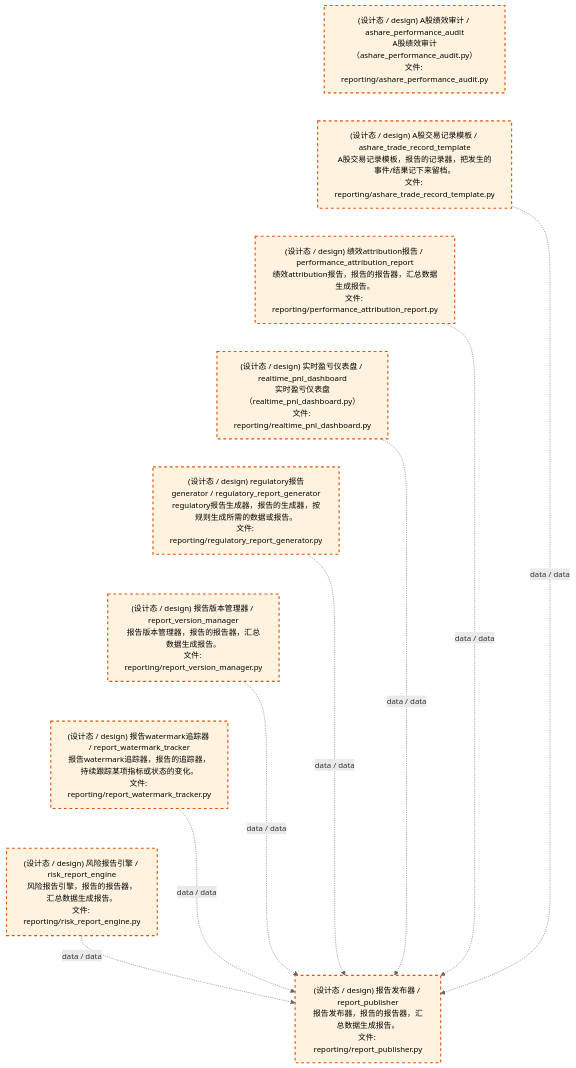
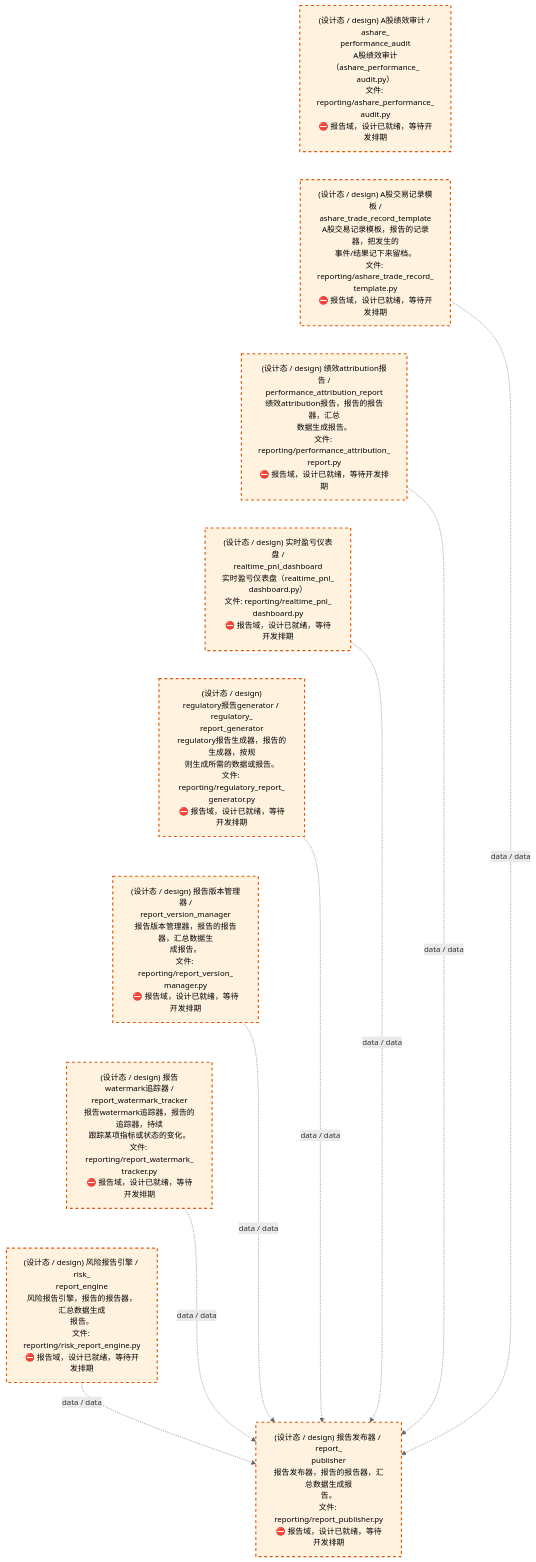
Before and after one commit to xuanFelixVan/ZephyrAlpha: the third of 4 diagrams in docs/02_enterprise_architecture/02_domain_architecture_docs/26_d_reporting.md, drawn with Mermaid. The commit also changed other lines of this file and 59 other files, not shown here.

````diff
--- a/docs/02_enterprise_architecture/02_domain_architecture_docs/26_d_reporting.md
+++ b/docs/02_enterprise_architecture/02_domain_architecture_docs/26_d_reporting.md
@@ -137,32 +137,32 @@
 ```mermaid
 %%{init: {'theme': 'base', 'themeVariables': {'primaryColor': '#eaeaea', 'primaryTextColor': '#333333', 'primaryBorderColor': '#666666', 'lineColor': '#666666', 'secondaryColor': '#eaeaea', 'tertiaryColor': '#eaeaea', 'fontSize': '14px'}}}%%
 flowchart TD
-    src_zephyr_reporting_ashare_performance_audit_py["(设计态 / design) A股绩效审计 / ashare_performance_audit<br/>A股绩效审计（ashare_performance_audit.py）<br/>文件: reporting/ashare_performance_audit.py"]
-    src_zephyr_reporting_ashare_trade_record_template_py["(设计态 / design) A股交易记录模板 / ashare_trade_record_template<br/>A股交易记录模板，报告的记录器，把发生的事件/结果记下来留档。<br/>文件: reporting/ashare_trade_record_template.py"]
-    src_zephyr_reporting_performance_attribution_report_py["(设计态 / design) 绩效attribution报告 / performance_attribution_report<br/>绩效attribution报告，报告的报告器，汇总数据生成报告。<br/>文件: reporting/performance_attribution_report.py"]
-    src_zephyr_reporting_realtime_pnl_dashboard_py["(设计态 / design) 实时盈亏仪表盘 / realtime_pnl_dashboard<br/>实时盈亏仪表盘（realtime_pnl_dashboard.py）<br/>文件: reporting/realtime_pnl_dashboard.py"]
-    src_zephyr_reporting_regulatory_report_generator_py["(设计态 / design) regulatory报告generator / regulatory_report_generator<br/>regulatory报告生成器，报告的生成器，按规则生成所需的数据或报告。<br/>文件: reporting/regulatory_report_generator.py"]
-    src_zephyr_reporting_report_version_manager_py["(设计态 / design) 报告版本管理器 / report_version_manager<br/>报告版本管理器，报告的报告器，汇总数据生成报告。<br/>文件: reporting/report_version_manager.py"]
-    src_zephyr_reporting_report_watermark_tracker_py["(设计态 / design) 报告watermark追踪器 / report_watermark_tracker<br/>报告watermark追踪器，报告的追踪器，持续跟踪某项指标或状态的变化。<br/>文件: reporting/report_watermark_tracker.py"]
-    src_zephyr_reporting_risk_report_engine_py["(设计态 / design) 风险报告引擎 / risk_report_engine<br/>风险报告引擎，报告的报告器，汇总数据生成报告。<br/>文件: reporting/risk_report_engine.py"]
+    src_zephyr_reporting_ashare_performance_audit_py["(设计态 / design) A股绩效审计 / ashare_<br/>performance_audit<br/>A股绩效审计（ashare_performance_<br/>audit.py）<br/>文件: reporting/ashare_performance_<br/>audit.py<br/>⛔ 报告域，设计已就绪，等待开发排期"]
+    src_zephyr_reporting_ashare_trade_record_template_py["(设计态 / design) A股交易记录模板 /<br/>ashare_trade_record_template<br/>A股交易记录模板，报告的记录器，把发生的<br/>事件/结果记下来留档。<br/>文件: reporting/ashare_trade_record_<br/>template.py<br/>⛔ 报告域，设计已就绪，等待开发排期"]
+    src_zephyr_reporting_performance_attribution_report_py["(设计态 / design) 绩效attribution报告 /<br/>performance_attribution_report<br/>绩效attribution报告，报告的报告器，汇总<br/>数据生成报告。<br/>文件: reporting/performance_attribution_<br/>report.py<br/>⛔ 报告域，设计已就绪，等待开发排期"]
+    src_zephyr_reporting_realtime_pnl_dashboard_py["(设计态 / design) 实时盈亏仪表盘 /<br/>realtime_pnl_dashboard<br/>实时盈亏仪表盘（realtime_pnl_<br/>dashboard.py）<br/>文件: reporting/realtime_pnl_<br/>dashboard.py<br/>⛔ 报告域，设计已就绪，等待开发排期"]
+    src_zephyr_reporting_regulatory_report_generator_py["(设计态 / design)<br/>regulatory报告generator / regulatory_<br/>report_generator<br/>regulatory报告生成器，报告的生成器，按规<br/>则生成所需的数据或报告。<br/>文件: reporting/regulatory_report_<br/>generator.py<br/>⛔ 报告域，设计已就绪，等待开发排期"]
+    src_zephyr_reporting_report_version_manager_py["(设计态 / design) 报告版本管理器 /<br/>report_version_manager<br/>报告版本管理器，报告的报告器，汇总数据生<br/>成报告。<br/>文件: reporting/report_version_<br/>manager.py<br/>⛔ 报告域，设计已就绪，等待开发排期"]
+    src_zephyr_reporting_report_watermark_tracker_py["(设计态 / design) 报告watermark追踪器 /<br/>report_watermark_tracker<br/>报告watermark追踪器，报告的追踪器，持续<br/>跟踪某项指标或状态的变化。<br/>文件: reporting/report_watermark_<br/>tracker.py<br/>⛔ 报告域，设计已就绪，等待开发排期"]
+    src_zephyr_reporting_risk_report_engine_py["(设计态 / design) 风险报告引擎 / risk_<br/>report_engine<br/>风险报告引擎，报告的报告器，汇总数据生成<br/>报告。<br/>文件: reporting/risk_report_engine.py<br/>⛔ 报告域，设计已就绪，等待开发排期"]
     src_zephyr_reporting_ashare_performance_audit_py ~~~ src_zephyr_reporting_ashare_trade_record_template_py
     src_zephyr_reporting_ashare_trade_record_template_py ~~~ src_zephyr_reporting_performance_attribution_report_py
     src_zephyr_reporting_performance_attribution_report_py ~~~ src_zephyr_reporting_realtime_pnl_dashboard_py
     src_zephyr_reporting_realtime_pnl_dashboard_py ~~~ src_zephyr_reporting_regulatory_report_generator_py
     src_zephyr_reporting_regulatory_report_generator_py ~~~ src_zephyr_reporting_report_version_manager_py
     src_zephyr_reporting_report_version_manager_py ~~~ src_zephyr_reporting_report_watermark_tracker_py
     src_zephyr_reporting_report_watermark_tracker_py ~~~ src_zephyr_reporting_risk_report_engine_py
-    src_zephyr_reporting_report_publisher_py["(设计态 / design) 报告发布器 / report_publisher<br/>报告发布器，报告的报告器，汇总数据生成报告。<br/>文件: reporting/report_publisher.py"]
+    src_zephyr_reporting_report_publisher_py["(设计态 / design) 报告发布器 / report_<br/>publisher<br/>报告发布器，报告的报告器，汇总数据生成报<br/>告。<br/>文件: reporting/report_publisher.py<br/>⛔ 报告域，设计已就绪，等待开发排期"]
     src_zephyr_reporting_ashare_trade_record_template_py -.->|data / data| src_zephyr_reporting_report_publisher_py
     src_zephyr_reporting_realtime_pnl_dashboard_py -.->|data / data| src_zephyr_reporting_report_publisher_py
     src_zephyr_reporting_regulatory_report_generator_py -.->|data / data| src_zephyr_reporting_report_publisher_py
     src_zephyr_reporting_risk_report_engine_py -.->|data / data| src_zephyr_reporting_report_publisher_py
     src_zephyr_reporting_report_version_manager_py -.->|data / data| src_zephyr_reporting_report_publisher_py
     src_zephyr_reporting_performance_attribution_report_py -.->|data / data| src_zephyr_reporting_report_publisher_py
     src_zephyr_reporting_report_watermark_tracker_py -.->|data / data| src_zephyr_reporting_report_publisher_py
     classDef production fill:#e1f5fe,stroke:#01579b,stroke-width:2px,color:#000
     classDef design fill:#fff3e0,stroke:#e65100,stroke-width:2px,color:#000,stroke-dasharray: 5 5
     classDef external_prod fill:#e8f4fd,stroke:#0277bd,stroke-width:1px,color:#000
     classDef external_design fill:#fff8e7,stroke:#ef6c00,stroke-width:1px,color:#000,stroke-dasharray: 5 5
     class src_zephyr_reporting_ashare_performance_audit_py,src_zephyr_reporting_ashare_trade_record_template_py,src_zephyr_reporting_performance_attribution_report_py,src_zephyr_reporting_realtime_pnl_dashboard_py,src_zephyr_reporting_regulatory_report_generator_py,src_zephyr_reporting_report_publisher_py,src_zephyr_reporting_report_version_manager_py,src_zephyr_reporting_report_watermark_tracker_py,src_zephyr_reporting_risk_report_engine_py design
 ```
````
